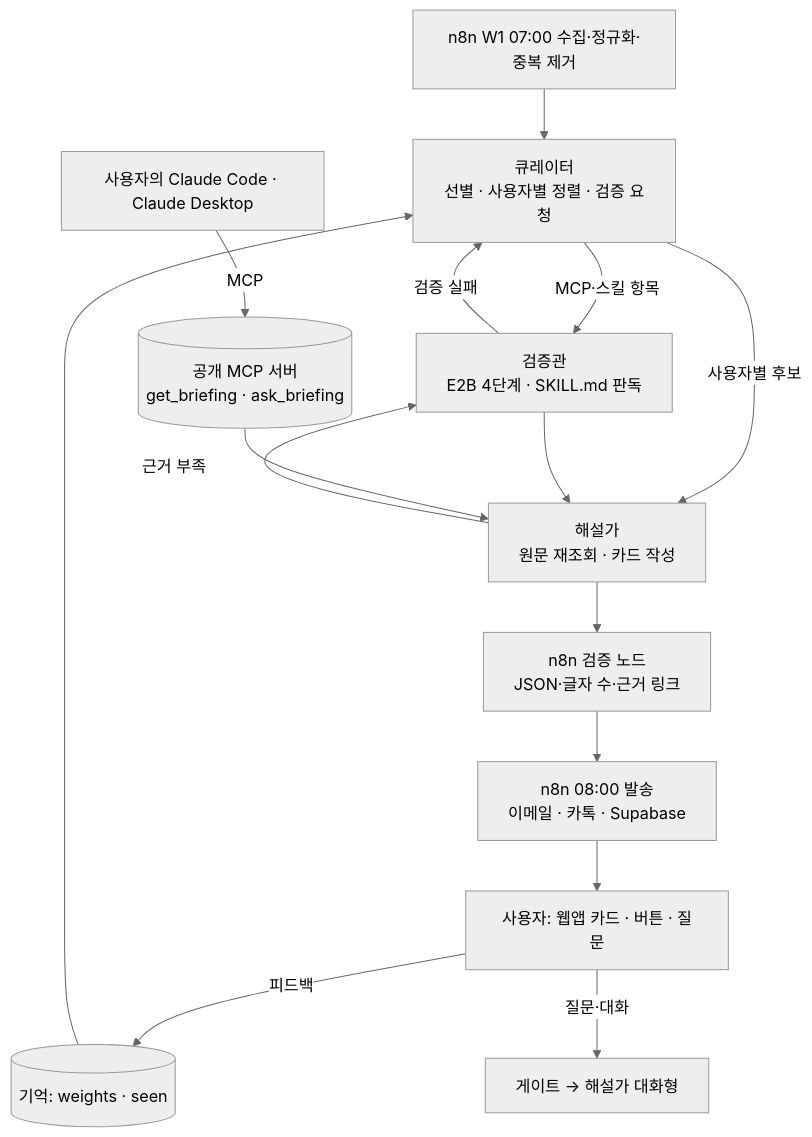
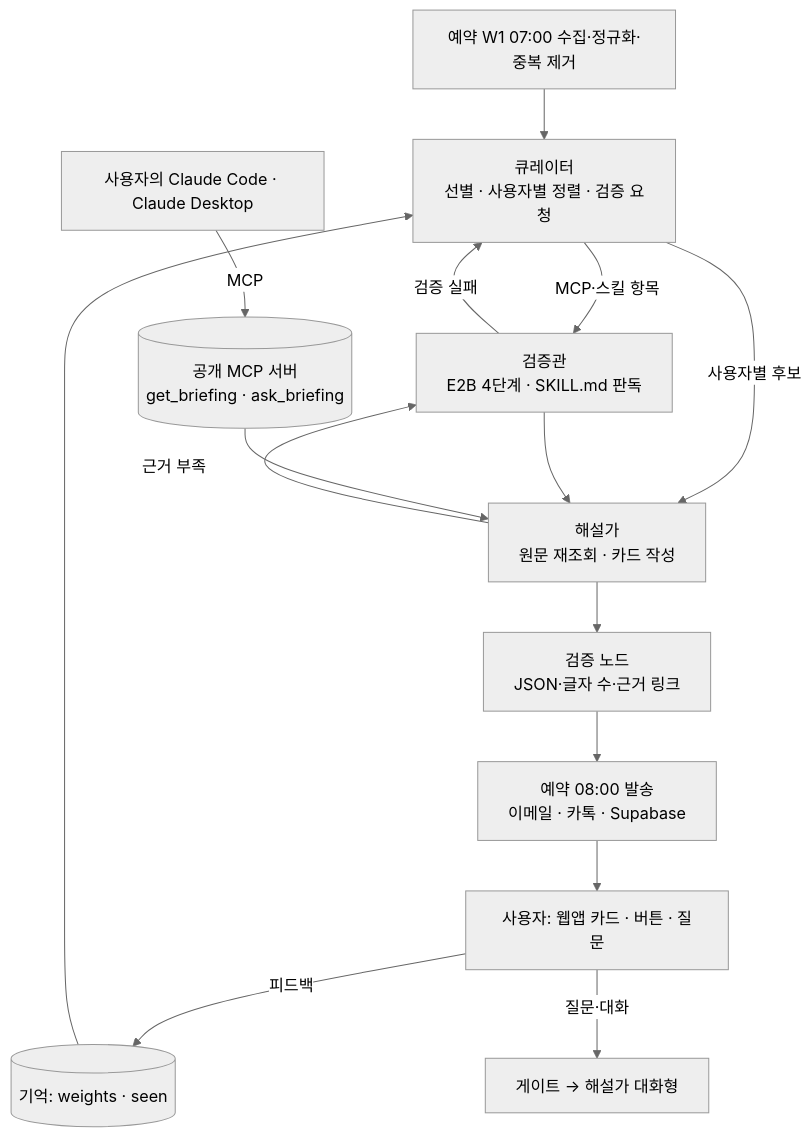
The diagram in docs/계획안.md (seungwook-kim/toolscout), drawn with Mermaid (neutral theme) before and after one commit. The commit also changed other lines of this file and 11 other files, not shown here.

````diff
--- a/docs/계획안.md
+++ b/docs/계획안.md
@@ -106,17 +106,17 @@
 ```mermaid
 flowchart TD
-    N1[n8n W1 07:00 수집·정규화·중복 제거] --> C[큐레이터<br/>선별 · 사용자별 정렬 · 검증 요청]
+    N1[예약 W1 07:00 수집·정규화·중복 제거] --> C[큐레이터<br/>선별 · 사용자별 정렬 · 검증 요청]
     C -->|MCP·스킬 항목| V[검증관<br/>E2B 4단계 · SKILL.md 판독]
     C -->|사용자별 후보| E[해설가<br/>원문 재조회 · 카드 작성]
     V --> E
-    E --> N2[n8n 검증 노드<br/>JSON·글자 수·근거 링크]
-    N2 --> N3[n8n 08:00 발송<br/>이메일 · 카톡 · Supabase]
+    E --> N2[검증 노드<br/>JSON·글자 수·근거 링크]
+    N2 --> N3[예약 08:00 발송<br/>이메일 · 카톡 · Supabase]
     N3 --> U[사용자: 웹앱 카드 · 버튼 · 질문]
     U -->|피드백| M[(기억: weights · seen)]
     M --> C
     U -->|질문·대화| G[게이트 → 해설가 대화형]
     V -->|검증 실패| C
     E -->|근거 부족| V
     X[사용자의 Claude Code · Claude Desktop] -->|MCP| S[(공개 MCP 서버<br/>get_briefing · ask_briefing)]
     S --> E
 ```
````
